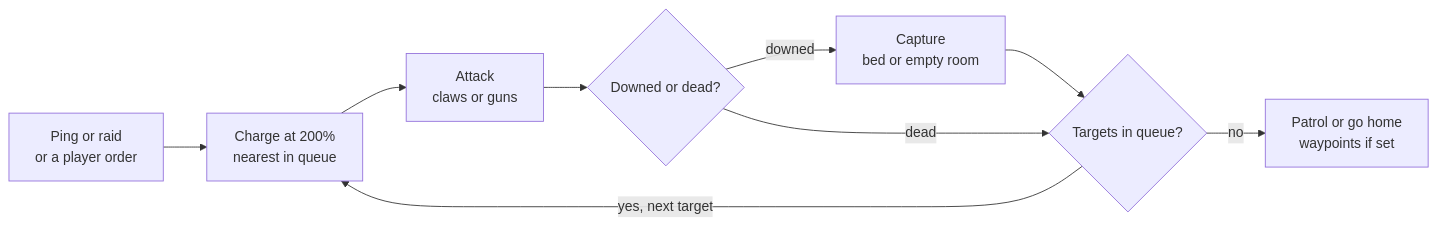
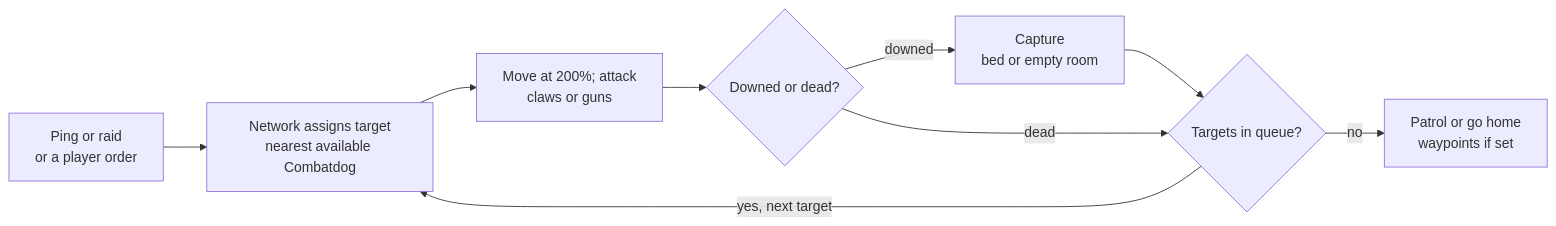
Before and after one commit to jtj9817/Quadrunner-mod-rw: the second of 2 diagrams in docs/design.md, drawn with Mermaid. The commit also changed other lines of this file and 30 other files, not shown here.

````diff
--- a/docs/design.md
+++ b/docs/design.md
@@ -135,8 +137,8 @@
 ```mermaid
 flowchart LR
-    T[Ping or raid<br/>or a player order] --> C[Charge at 200%<br/>nearest in queue] --> A[Attack<br/>claws or guns] --> D{Downed or dead?}
+    T[Ping or raid<br/>or a player order] --> C[Network assigns target<br/>nearest available Combatdog] --> A[Move at 200%; attack<br/>claws or guns] --> D{Downed or dead?}
     D -- downed --> Cap[Capture<br/>bed or empty room] --> Q{Targets in queue?}
     D -- dead --> Q
     Q -- yes, next target --> C
     Q -- no --> R[Patrol or go home<br/>waypoints if set]
 ```
````
